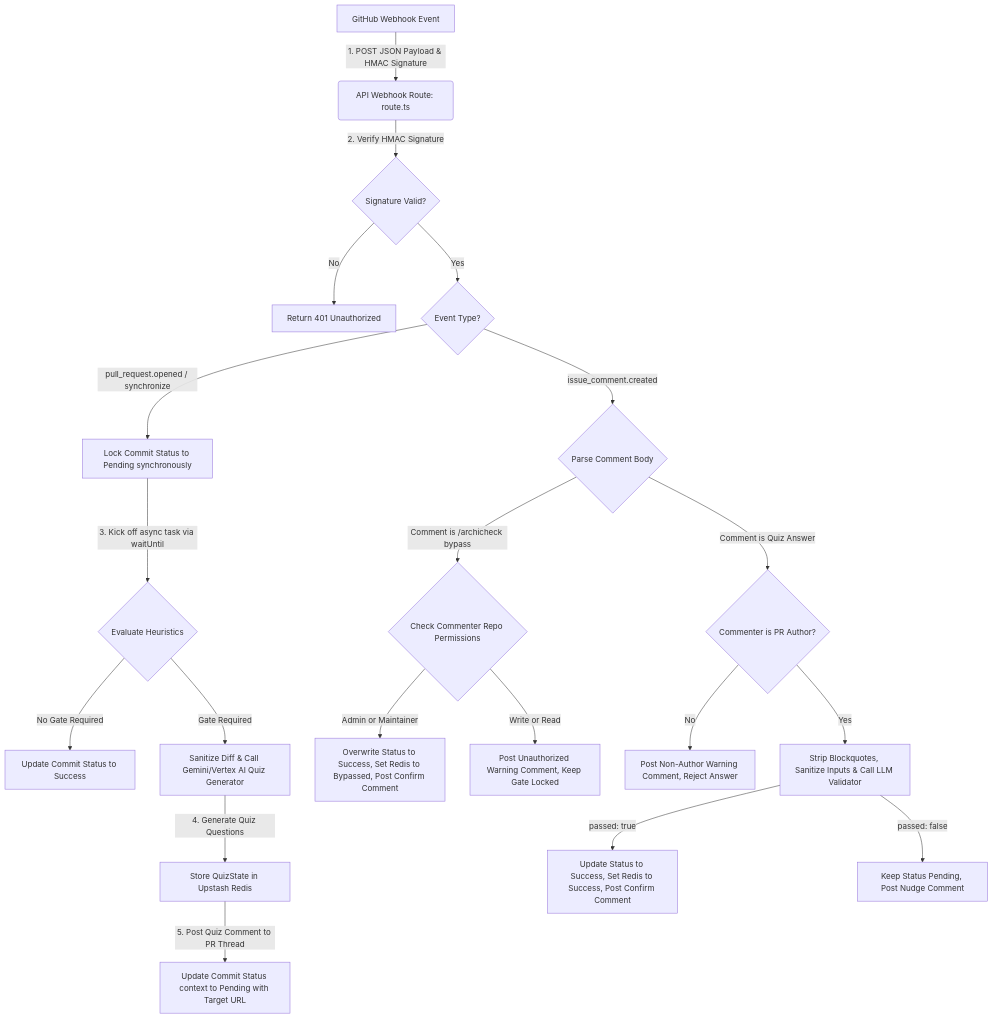
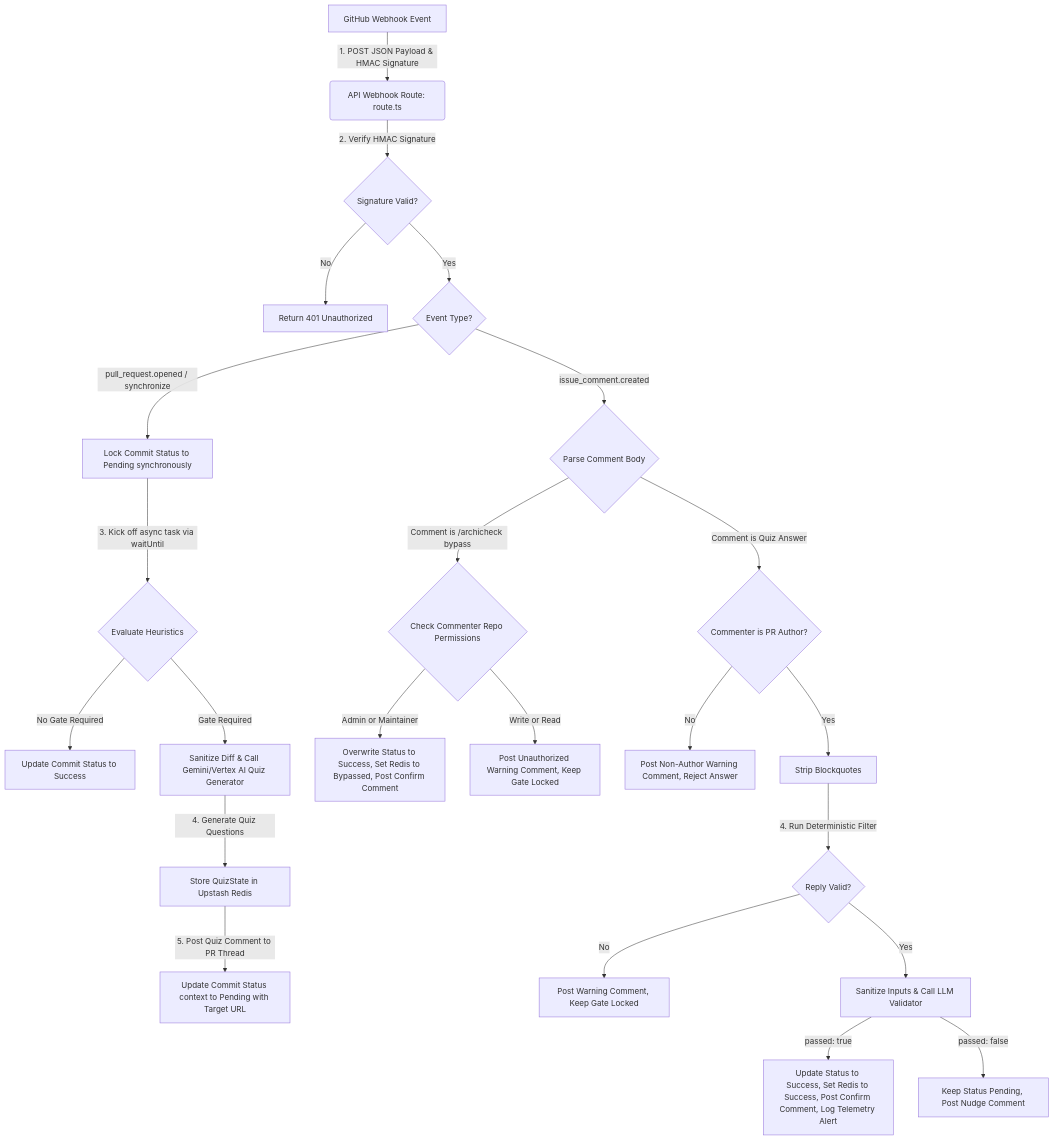
Before and after one commit to tinhct/archi-check: the diagram in docs/Architecture/Data_Flow_Diagram.md, drawn with Mermaid. The commit also changed other lines of this file and 6 other files, not shown here.

````diff
--- a/docs/Architecture/Data_Flow_Diagram.md
+++ b/docs/Architecture/Data_Flow_Diagram.md
@@ -7,25 +7,27 @@
 ```mermaid
 graph TD
     A[GitHub Webhook Event] -->|1. POST JSON Payload & HMAC Signature| B(API Webhook Route: route.ts)
     B -->|2. Verify HMAC Signature| C{Signature Valid?}
     C -->|No| D[Return 401 Unauthorized]
     C -->|Yes| E{Event Type?}
     
     E -->|pull_request.opened / synchronize| F[Lock Commit Status to Pending synchronously]
     F -->|3. Kick off async task via waitUntil| G{Evaluate Heuristics}
     G -->|No Gate Required| H[Update Commit Status to Success]
     G -->|Gate Required| I[Sanitize Diff & Call Gemini/Vertex AI Quiz Generator]
     I -->|4. Generate Quiz Questions| J[Store QuizState in Upstash Redis]
     J -->|5. Post Quiz Comment to PR Thread| K[Update Commit Status context to Pending with Target URL]
     
     E -->|issue_comment.created| L{Parse Comment Body}
     L -->|Comment is /archicheck bypass| M{Check Commenter Repo Permissions}
     M -->|Admin or Maintainer| N[Overwrite Status to Success, Set Redis to Bypassed, Post Confirm Comment]
     M -->|Write or Read| O[Post Unauthorized Warning Comment, Keep Gate Locked]
-    
     L -->|Comment is Quiz Answer| P{Commenter is PR Author?}
     P -->|No| Q[Post Non-Author Warning Comment, Reject Answer]
-    P -->|Yes| R[Strip Blockquotes, Sanitize Inputs & Call LLM Validator]
-    R -->|passed: true| S[Update Status to Success, Set Redis to Success, Post Confirm Comment]
-    R -->|passed: false| T[Keep Status Pending, Post Nudge Comment]
+    P -->|Yes| R[Strip Blockquotes]
+    R -->|4. Run Deterministic Filter| U{Reply Valid?}
+    U -->|No| V[Post Warning Comment, Keep Gate Locked]
+    U -->|Yes| W[Sanitize Inputs & Call LLM Validator]
+    W -->|passed: true| S[Update Status to Success, Set Redis to Success, Post Confirm Comment, Log Telemetry Alert]
+    W -->|passed: false| T[Keep Status Pending, Post Nudge Comment]
 ```
````
